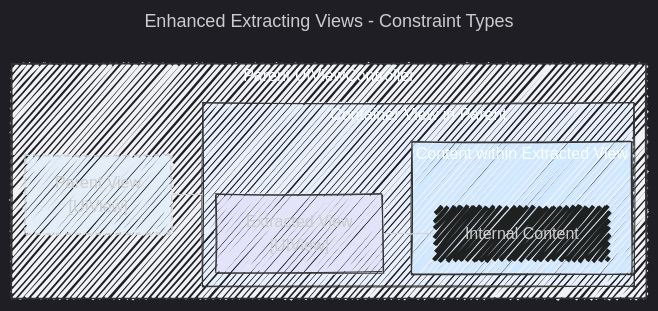
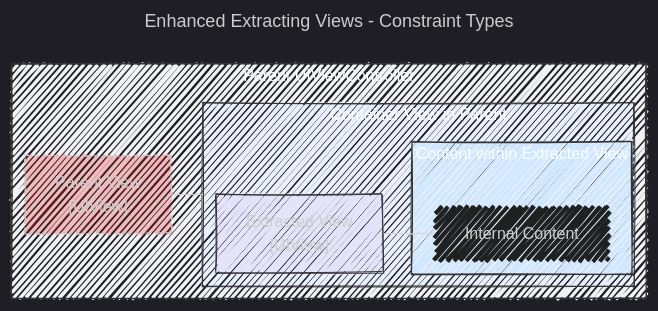
Before and after one commit to CongLeSolutionX/iOS-development-vault: the second of 5 diagrams in UIKit/Extracting_Views_and_View_Controllers_V2.md, drawn with Mermaid. The commit also changed other lines of this file and 14 other files, not shown here.

````diff
--- a/UIKit/Extracting_Views_and_View_Controllers_V2.md
+++ b/UIKit/Extracting_Views_and_View_Controllers_V2.md
@@ -108,50 +108,50 @@
 ```mermaid
 ---
 title: Enhanced Extracting Views - Constraint Types
 config:
   layout: elk
   look: handDrawn
   theme: dark
 ---
 graph LR
     subgraph ParentViewController["Parent UIViewController"]
     style ParentViewController fill:#f0f2f5,stroke:#333,stroke-width:1.2px
         P["Parent View<br>[UIView]"]:::parentView
 
         subgraph ExtractedViewContainer["Container View in Parent"]
         style ExtractedViewContainer fill:#e8f0fe,stroke:#333,stroke-width:1px
             EV["Extracted View<br>[UIView]"]:::extractedView
             subgraph InternalView["Content within Extracted View"]
             style InternalView fill:#d0e8ff,stroke:#333,stroke-width:1.1px
                 IV["Internal Content"]
             end
              EV --- IV:::childConstraintLink
             %%  note right of EV
             %%     **Child Constraints (Blue)**
             %%     Define layout of content *within* the 
             %%     Extracted View.
             %%     Spacing/padding often managed by Parent.
             %%  end
         end
         P --- ExtractedViewContainer:::parentConstraintLink
         %% note right of P
         %%     **Parent Constraints (Orange)**
         %%     Position & size of Container 
         %%     *in* Parent View.
         %%     Already set up in original VC.
         %% end
 
 
     end
 
-    classDef parentView fill:#e3eef9,stroke:#ccc,stroke-width:1px,stroke-dasharray: 5 5;
+    classDef parentView fill:#e224,stroke:#ccc,stroke-width:1px,stroke-dasharray: 5 5;
     classDef extractedView fill:#e3e4f9,stroke:#333,stroke-width:1px;
     classDef parentConstraintLink stroke:#orange,stroke-width:2.5px;
     classDef childConstraintLink stroke:#blue,stroke-width:2.5px;
 
 
     linkStyle 0 style:parentConstraintLink
     linkStyle 1 style:childConstraintLink
 
 
 ```
````
